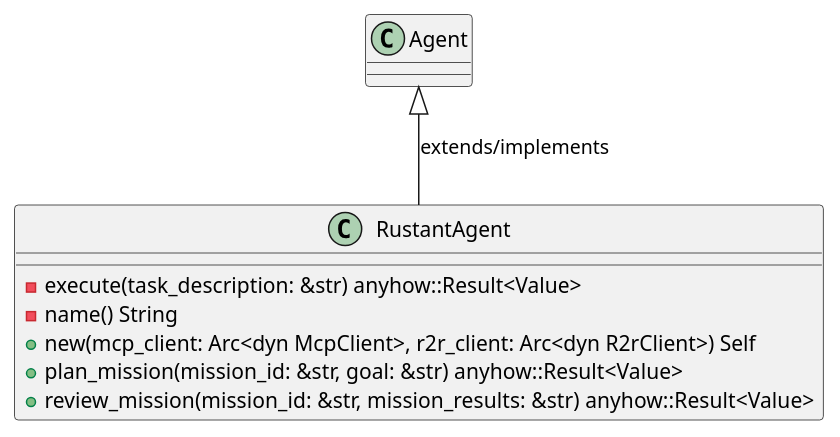
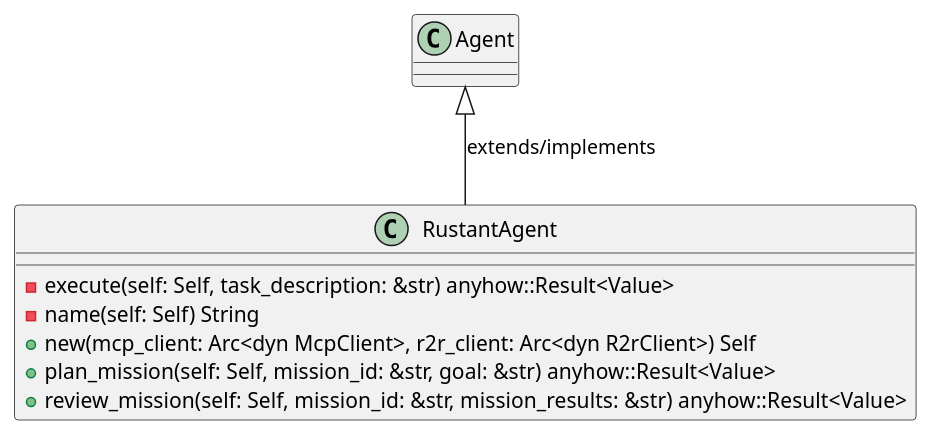
The first of 6 diagrams in openwiki/crates_factory_application_src_agents_rustant.md (lgcorzo/rust_CACD_autonomous_factory), drawn with PlantUML before and after one commit. The commit also changed other lines of this file and 95 other files, not shown here.

````diff
--- a/openwiki/crates_factory_application_src_agents_rustant.md
+++ b/openwiki/crates_factory_application_src_agents_rustant.md
@@ -138,13 +140,13 @@
 ```plantuml
 @startuml
 class RustantAgent {
-    -execute(task_description: &str) anyhow::Result<Value>
-    -name() String
+    -execute(self: Self, task_description: &str) anyhow::Result<Value>
+    -name(self: Self) String
     +new(mcp_client: Arc<dyn McpClient>, r2r_client: Arc<dyn R2rClient>) Self
-    +plan_mission(mission_id: &str, goal: &str) anyhow::Result<Value>
-    +review_mission(mission_id: &str, mission_results: &str) anyhow::Result<Value>
+    +plan_mission(self: Self, mission_id: &str, goal: &str) anyhow::Result<Value>
+    +review_mission(self: Self, mission_id: &str, mission_results: &str) anyhow::Result<Value>
 }
 Agent <|-- RustantAgent : extends/implements
 @enduml
 
 ```
````
